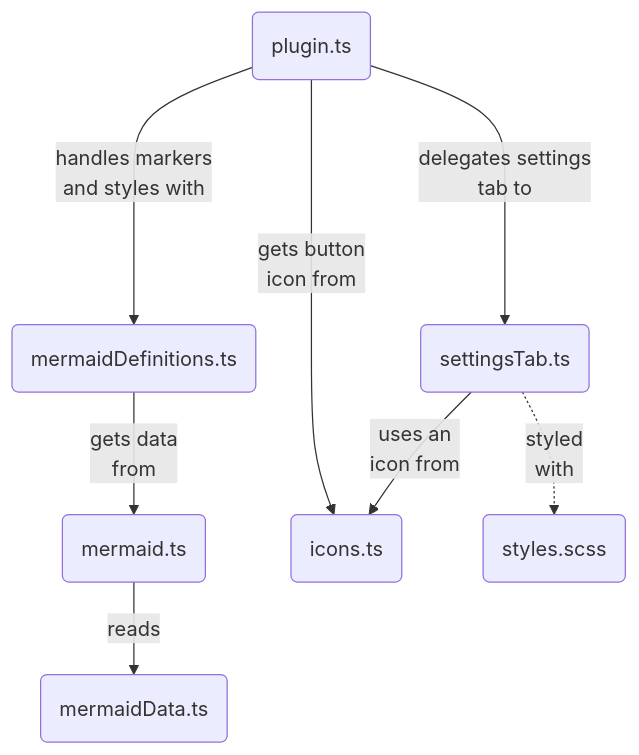
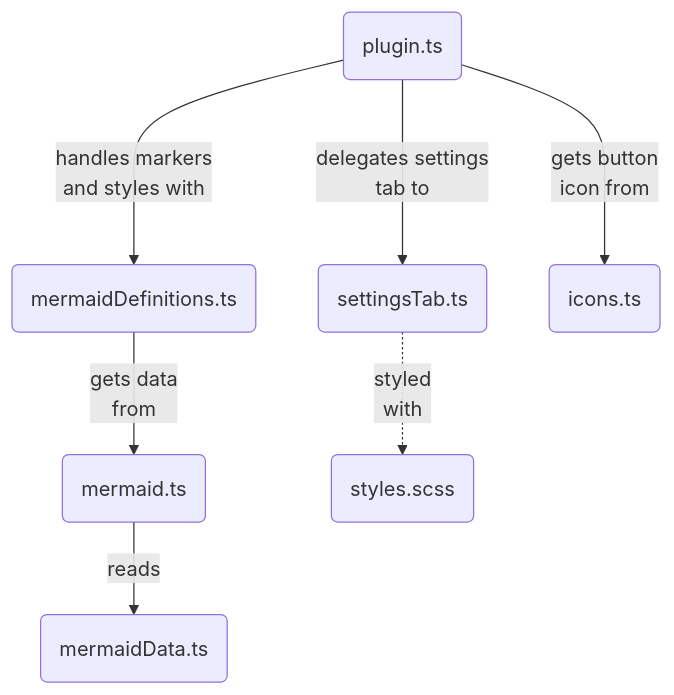
Before and after one commit to Bunker-D/obsidian-mermaid-fixer: the diagram in src/README.md, drawn with Mermaid. The commit also changed other lines of this file and 5 other files, not shown here.

````diff
--- a/src/README.md
+++ b/src/README.md
@@ -64,18 +64,17 @@
 ```mermaid
 flowchart
 	direction TB
 	plugin(plugin.ts)
 	mermaidDefinitions(mermaidDefinitions.ts)
 	mermaid(mermaid.ts)
 	mermaidData(mermaidData.ts)
 	settingsTab(settingsTab.ts)
 	styles(styles.scss)
 	icons(icons.ts)
 	plugin -- handles markers\nand styles with ---> mermaidDefinitions
 	mermaidDefinitions -- gets data\nfrom --> mermaid
 	mermaid -- reads --> mermaidData
-	plugin -- gets button\nicon from ----> icons
+	plugin -- gets button\nicon from ---> icons
 	plugin -- delegates settings\ntab to ---> settingsTab
-	settingsTab -- uses an\nicon from --> icons
 	settingsTab -. styled\nwith .-> styles
 ```
````
